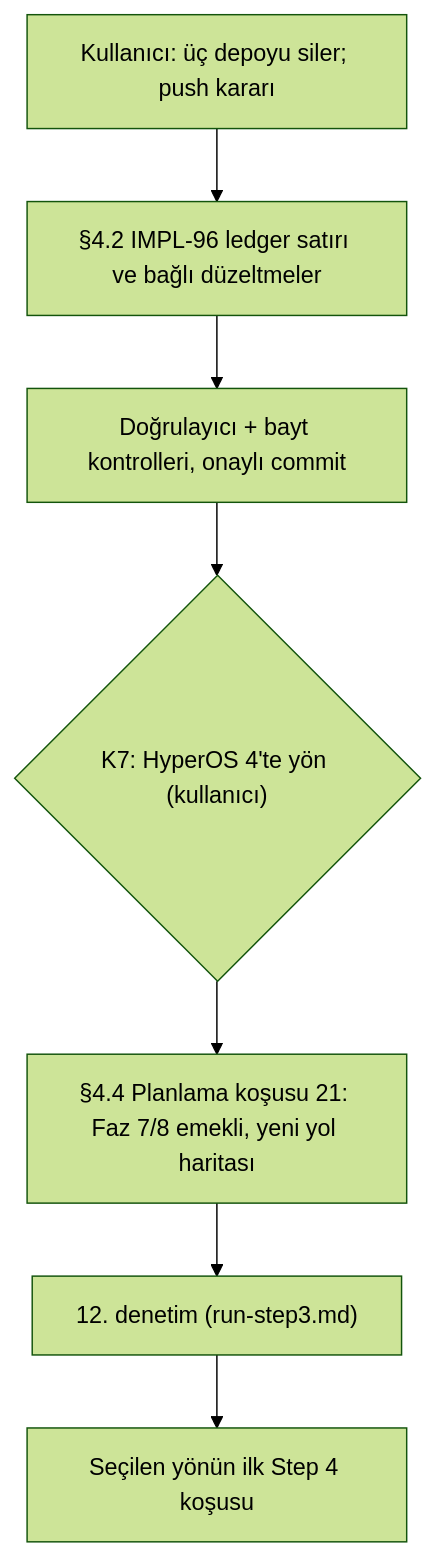
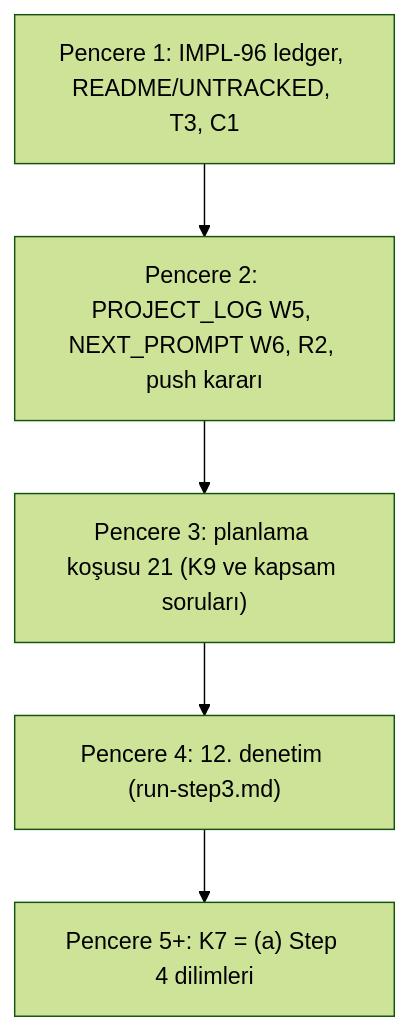
The diagram in NEXT_PROMPT.md (ahmetxa/ishtar_cam_modes), drawn with Mermaid (forest theme) before and after one commit. The commit also changed other lines of this file and 2 other files, not shown here.

````diff
--- a/NEXT_PROMPT.md
+++ b/NEXT_PROMPT.md
@@ -93,9 +98,7 @@
 ```mermaid
 flowchart TD
-  A["Kullanıcı: üç depoyu siler; push kararı"] --> B["§4.2 IMPL-96 ledger satırı ve bağlı düzeltmeler"]
-  B --> C["Doğrulayıcı + bayt kontrolleri, onaylı commit"]
-  C --> D{"K7: HyperOS 4'te yön (kullanıcı)"}
-  D --> E["§4.4 Planlama koşusu 21: Faz 7/8 emekli, yeni yol haritası"]
-  E --> F["12. denetim (run-step3.md)"]
-  F --> G["Seçilen yönün ilk Step 4 koşusu"]
+  P1["Pencere 1: IMPL-96 ledger, README/UNTRACKED, T3, C1"] --> P2["Pencere 2: PROJECT_LOG W5, NEXT_PROMPT W6, R2, push kararı"]
+  P2 --> P3["Pencere 3: planlama koşusu 21 (K9 ve kapsam soruları)"]
+  P3 --> P4["Pencere 4: 12. denetim (run-step3.md)"]
+  P4 --> P5["Pencere 5+: K7 = (a) Step 4 dilimleri"]
 ```
````
